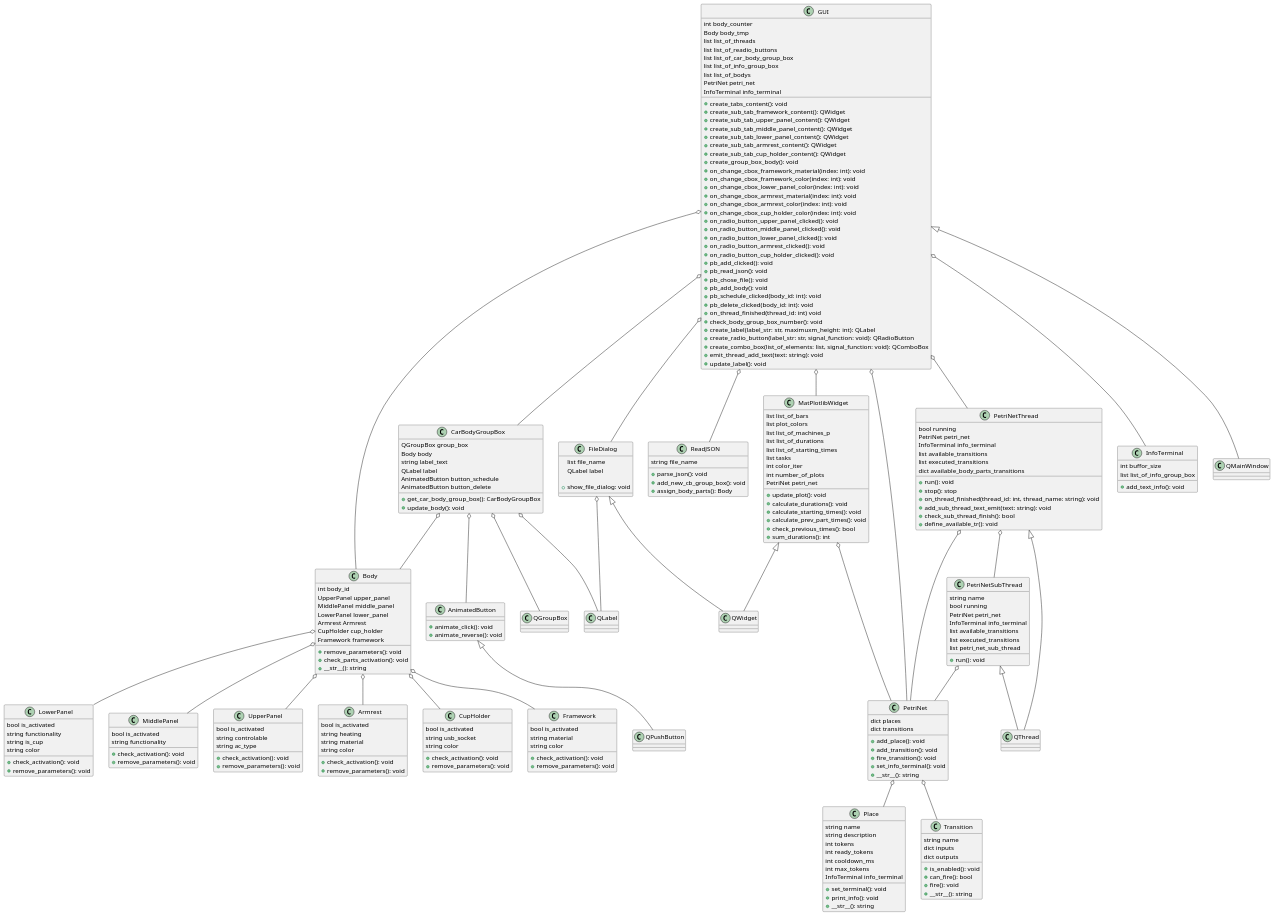
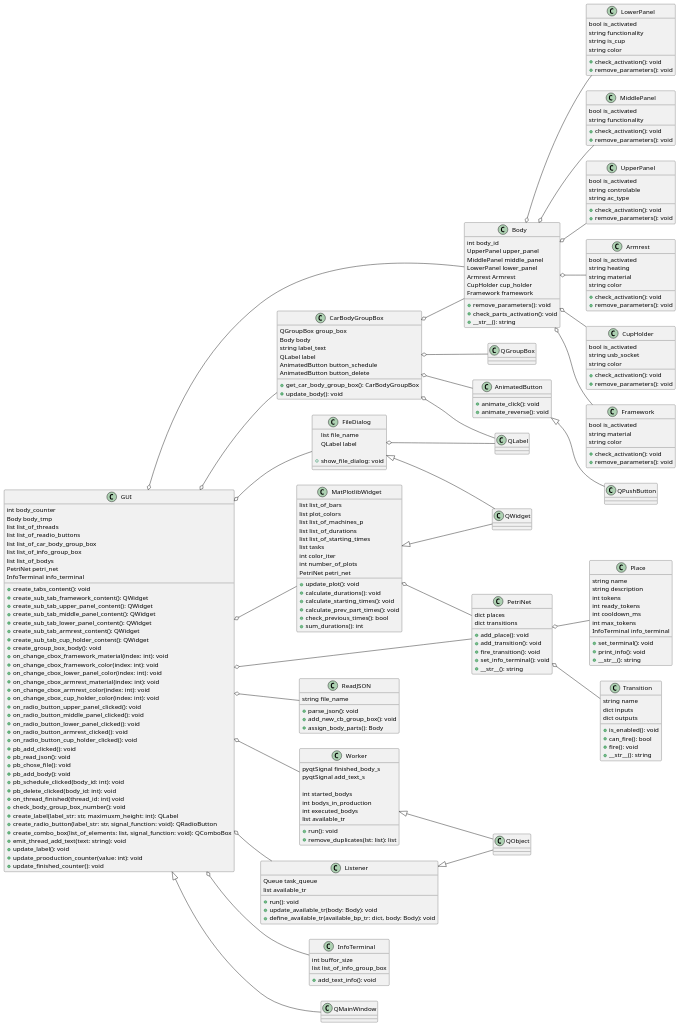
One commit to Mastej-Git/car-body-prod-sim changed the diagram in class_diagram.puml. Above: the diagram before and after it, drawn with PlantUML. The commit also changed 4 other files, not shown here.

```diff
--- a/class_diagram.puml
+++ b/class_diagram.puml
@@ -1,4 +1,5 @@
-@startuml Name
+@startuml
+left to right direction
 
 class Armrest {
     bool is_activated
@@ -154,27 +155,6 @@
     + __str__(): string 
 }
 
-class QThread {
-
-}
-
-class PetriNetThread {
-
-    bool running
-    PetriNet petri_net
-    InfoTerminal info_terminal
-    list available_transitions
-    list executed_transitions
-    dict available_body_parts_transitions
-
-    + run(): void
-    + stop(): stop
-    + on_thread_finished(thread_id: int, thread_name: string): void
-    + add_sub_thread_text_emit(text: string): void
-    + check_sub_thread_finish(): bool
-    + define_available_tr(): void
-}
-
 class AnimatedButton {
 
     + animate_click(): void
@@ -185,18 +165,30 @@
 
 }
 
-class PetriNetSubThread {
+class Worker {
 
-    string name
-    bool running
-    PetriNet petri_net
-    InfoTerminal info_terminal
-    list available_transitions
-    list executed_transitions
-    list petri_net_sub_thread
+    pyqtSignal finished_body_s
+    pyqtSignal add_text_s
+
+    int started_bodys
+    int bodys_in_production
+    int executed_bodys
+    list available_tr
 
     + run(): void
+    + remove_duplicates(lst: list): list
 }
+
+class Listener {
+
+    Queue task_queue
+    list available_tr
+
+    + run(): void
+    + update_available_tr(body: Body): void
+    + define_available_tr(available_bp_tr: dict, body: Body): void
+}
+
 
 class CarBodyGroupBox {
 
@@ -218,6 +210,14 @@
 
     + add_text_info(): void
 }
+
+' enum BodyMaterial {
+
+' }
+
+' enum StyleSheet {
+
+' }
 
 class GUI {
 
@@ -263,6 +263,8 @@
     + create_combo_box(list_of_elements: list, signal_function: void): QComboBox
     + emit_thread_add_text(text: string): void
     + update_label(): void
+    + update_prooduction_counter(value: int): void
+    + update_finished_counter(): void
 }
 
 Body o-- UpperPanel
@@ -276,9 +278,6 @@
 MatPlotlibWidget <|-- QWidget
 PetriNet o-- Place
 PetriNet o-- Transition
-PetriNetThread o-- PetriNetSubThread
-PetriNetThread <|-- QThread
-PetriNetSubThread <|-- QThread
 AnimatedButton <|-- QPushButton
 CarBodyGroupBox o-- AnimatedButton
 CarBodyGroupBox o-- QLabel
@@ -290,11 +289,11 @@
 GUI o-- InfoTerminal
 GUI o-- CarBodyGroupBox
 GUI o-- PetriNet
-GUI o-- PetriNetThread
 GUI o-- ReadJSON
 CarBodyGroupBox o-- Body
 MatPlotlibWidget o-- PetriNet
-PetriNetThread o-- PetriNet
-PetriNetSubThread o-- PetriNet
-
+Listener <|-- QObject
+Worker <|-- QObject
+GUI o-- Listener
+GUI o-- Worker
 @enduml
```
